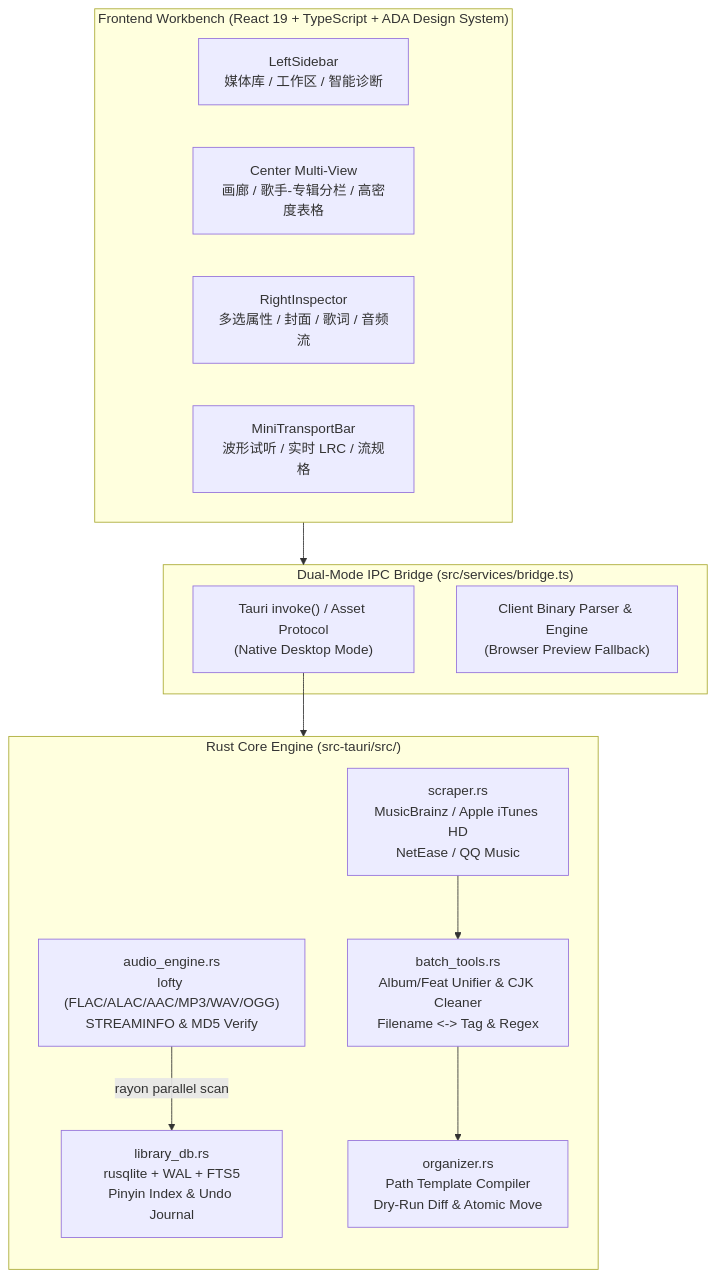
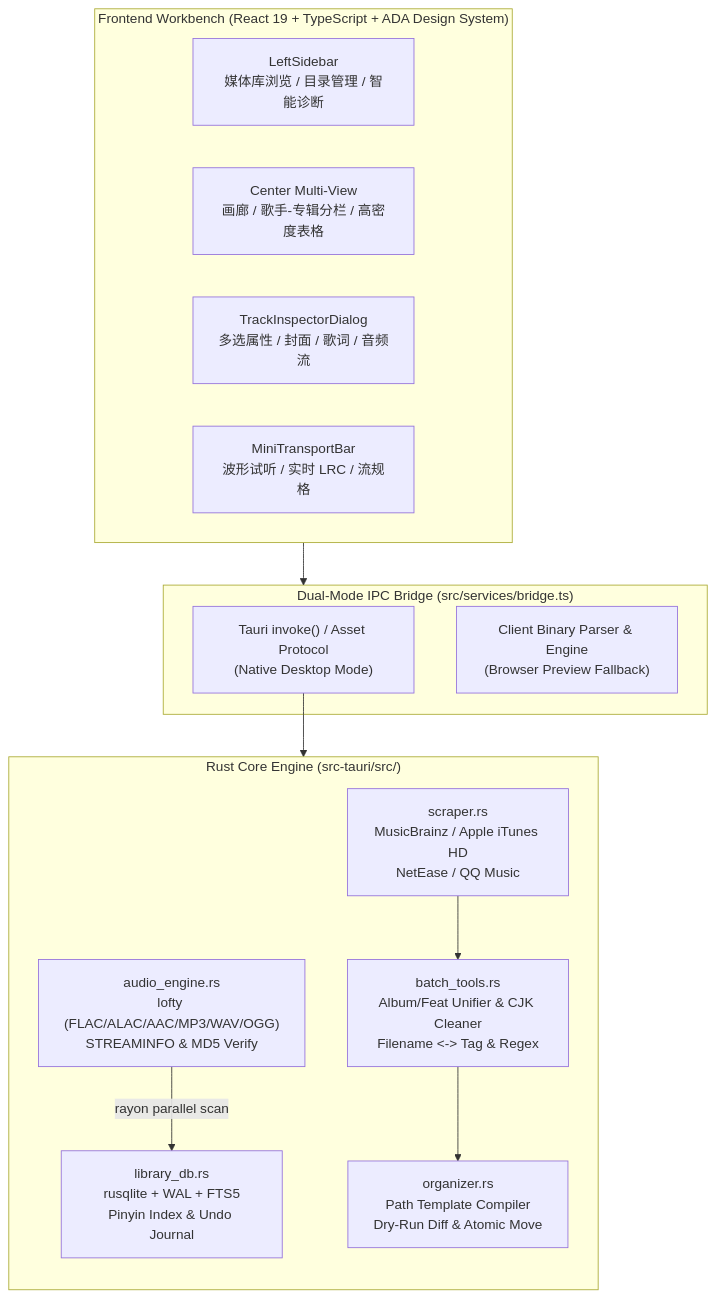
Before and after one commit to imagicw/AWuse: the first of 2 diagrams in docs/ARCHITECTURE_AND_DESIGN.md, drawn with Mermaid. The commit also changed other lines of this file and 16 other files, not shown here.

````diff
--- a/docs/ARCHITECTURE_AND_DESIGN.md
+++ b/docs/ARCHITECTURE_AND_DESIGN.md
@@ -12,30 +12,30 @@
 ```mermaid
 flowchart TB
     subgraph UI["Frontend Workbench (React 19 + TypeScript + ADA Design System)"]
         direction LR
-        Nav["LeftSidebar<br/>媒体库 / 工作区 / 智能诊断"]
+        Nav["LeftSidebar<br/>媒体库浏览 / 目录管理 / 智能诊断"]
         Canvas["Center Multi-View<br/>画廊 / 歌手-专辑分栏 / 高密度表格"]
-        Insp["RightInspector<br/>多选属性 / 封面 / 歌词 / 音频流"]
+        Insp["TrackInspectorDialog<br/>多选属性 / 封面 / 歌词 / 音频流"]
         Trans["MiniTransportBar<br/>波形试听 / 实时 LRC / 流规格"]
     end
 
     subgraph Bridge["Dual-Mode IPC Bridge (src/services/bridge.ts)"]
         IPC["Tauri invoke() / Asset Protocol<br/>(Native Desktop Mode)"]
         WebFallback["Client Binary Parser & Engine<br/>(Browser Preview Fallback)"]
     end
 
     subgraph Core["Rust Core Engine (src-tauri/src/)"]
         direction TB
         Audio["audio_engine.rs<br/>lofty (FLAC/ALAC/AAC/MP3/WAV/OGG)<br/>STREAMINFO & MD5 Verify"]
         DB["library_db.rs<br/>rusqlite + WAL + FTS5<br/>Pinyin Index & Undo Journal"]
         Org["organizer.rs<br/>Path Template Compiler<br/>Dry-Run Diff & Atomic Move"]
         Batch["batch_tools.rs<br/>Album/Feat Unifier & CJK Cleaner<br/>Filename <-> Tag & Regex"]
         Scrap["scraper.rs<br/>MusicBrainz / Apple iTunes HD<br/>NetEase / QQ Music"]
     end
 
     UI --> Bridge
     IPC --> Core
     Audio -->|rayon parallel scan| DB
     Batch --> Org
     Scrap --> Batch
 ```
````
